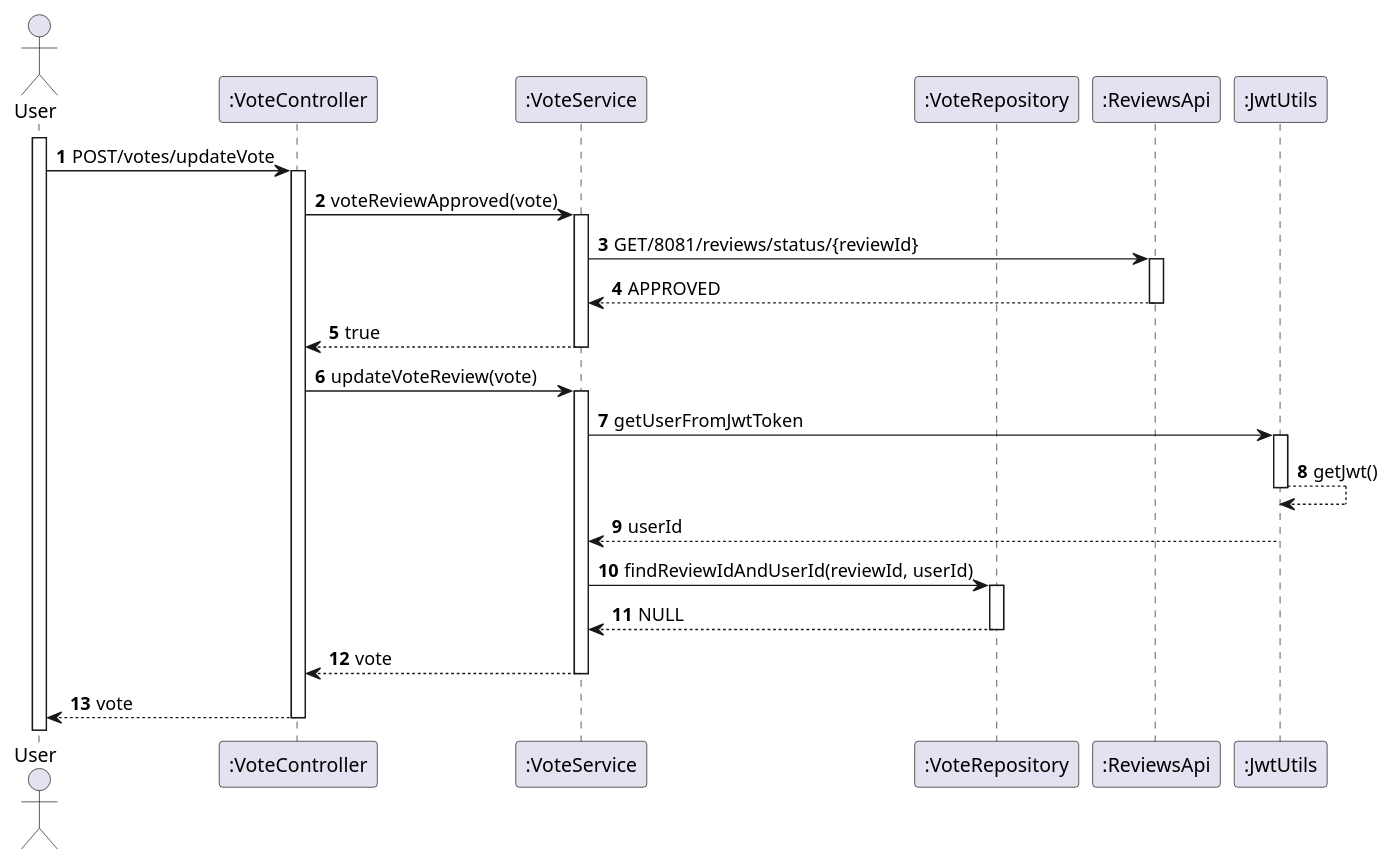
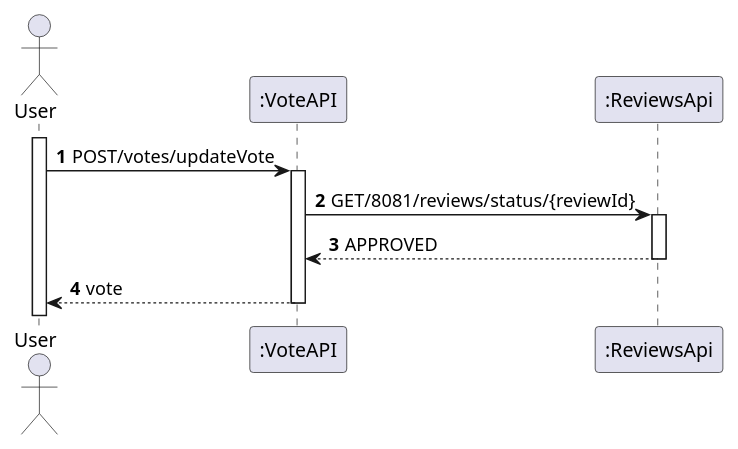
The diagram in Documentos/Vote_UpdateVoteReview.puml (giovannaFantacini/VoteAPI2), drawn with PlantUML before and after one commit. The commit also changed 3 other files, not shown here.

Commit message:
Diagramas

```diff
--- a/Documentos/Vote_UpdateVoteReview.puml
+++ b/Documentos/Vote_UpdateVoteReview.puml
@@ -1,31 +1,18 @@
 @startuml
 'https://plantuml.com/sequence-diagram
 
 autoactivate on
 autonumber
 
 actor "User" as User
-participant ":VoteController" as Ctrl
-participant ":VoteService" as Service
-participant ":VoteRepository" as Rep
+participant ":VoteAPI" as vote1
 participant ":ReviewsApi" as Rev
-participant ":JwtUtils" as Utils
 
 activate User
 
-User -> Ctrl: POST/votes/updateVote
-Ctrl -> Service: voteReviewApproved(vote)
-Service -> Rev : GET/8081/reviews/status/{reviewId}
-Rev --> Service : APPROVED
-Service --> Ctrl: true
-Ctrl -> Service: updateVoteReview(vote)
-Service -> Utils: getUserFromJwtToken
-Utils --> Utils: getJwt()
-Utils --> Service: userId
-Service -> Rep: findReviewIdAndUserId(reviewId, userId)
-Rep --> Service: NULL
-Service --> Ctrl: vote
-
-Ctrl --> User: vote
+User -> vote1: POST/votes/updateVote
+vote1 -> Rev: GET/8081/reviews/status/{reviewId}
+Rev --> vote1 : APPROVED
+vote1 --> User: vote
 
 @enduml
```
